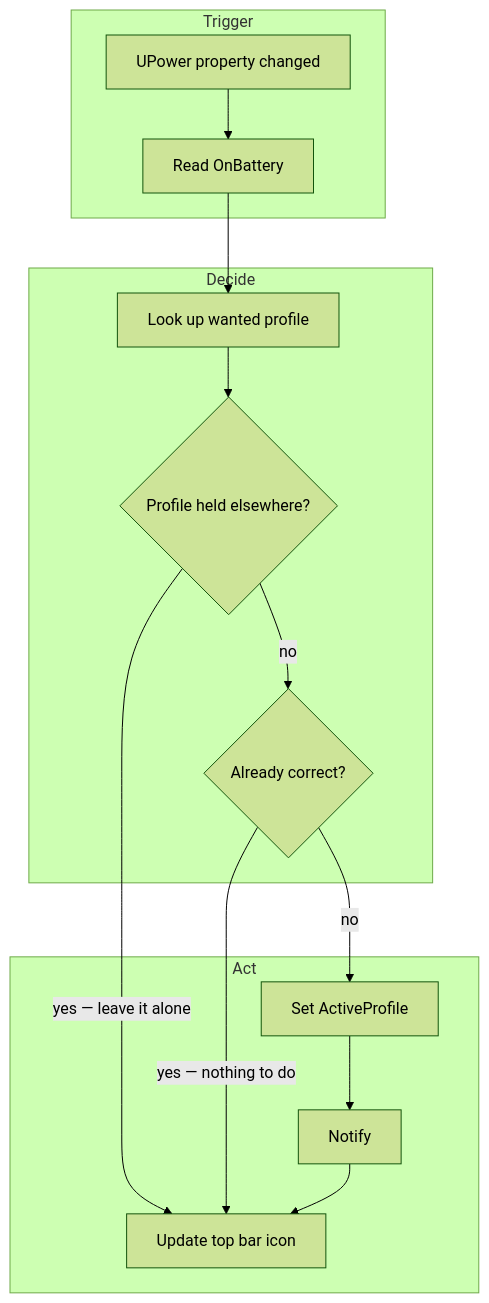
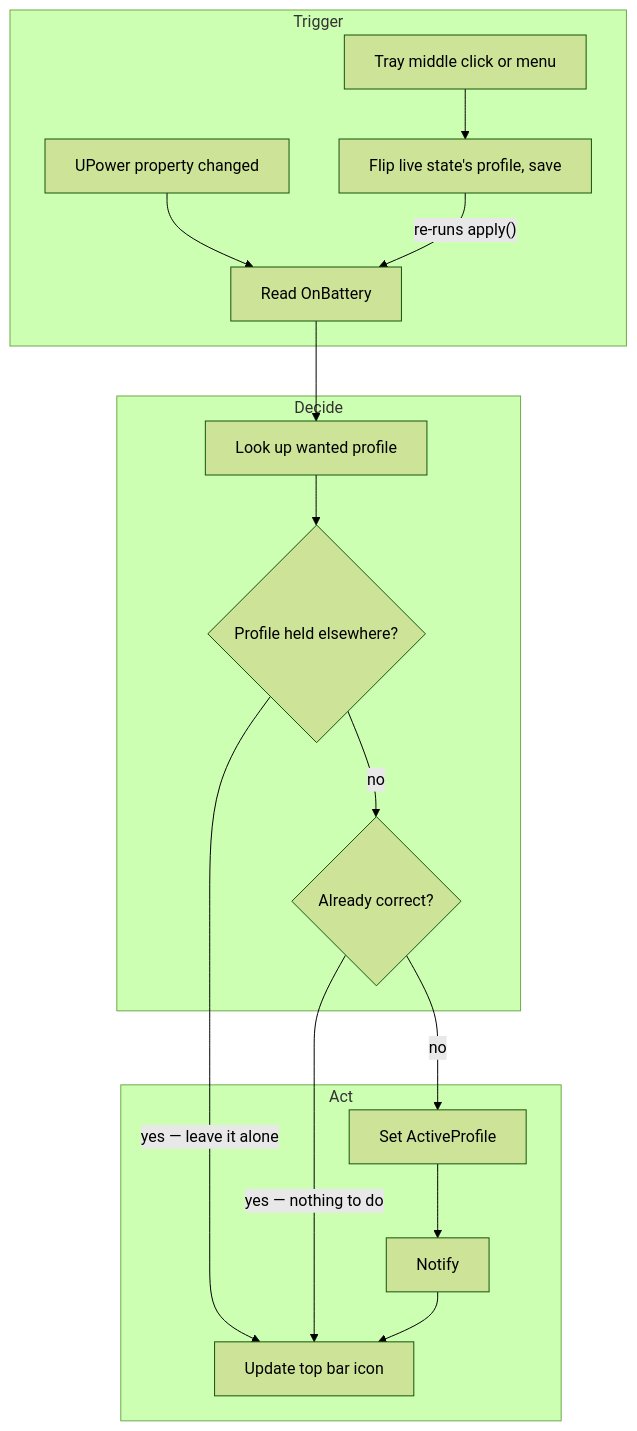
One commit to mattyv/powerswitch changed the second of 2 diagrams in README.md. Above: the diagram before and after it, drawn with Mermaid (forest theme). The commit also changed other lines of this file and 3 other files, not shown here.

````diff
--- a/README.md
+++ b/README.md
@@ -88,26 +94,30 @@
 ```mermaid
 flowchart TD
   subgraph trigger["Trigger"]
     event["UPower property changed"]
+    toggle["Tray middle click or menu"]
+    flipcfg["Flip live state's profile, save"]
     readstate["Read OnBattery"]
   end
   subgraph decide["Decide"]
     readcfg["Look up wanted profile"]
     held{"Profile held elsewhere?"}
     same{"Already correct?"}
   end
   subgraph act["Act"]
     write["Set ActiveProfile"]
     notify["Notify"]
     tray["Update top bar icon"]
   end
   event --> readstate
+  toggle --> flipcfg
+  flipcfg -->|"re-runs apply()"| readstate
   readstate --> readcfg
   readcfg --> held
   held -->|"yes — leave it alone"| tray
   held -->|"no"| same
   same -->|"yes — nothing to do"| tray
   same -->|"no"| write
   write --> notify
   notify --> tray
 ```
````
